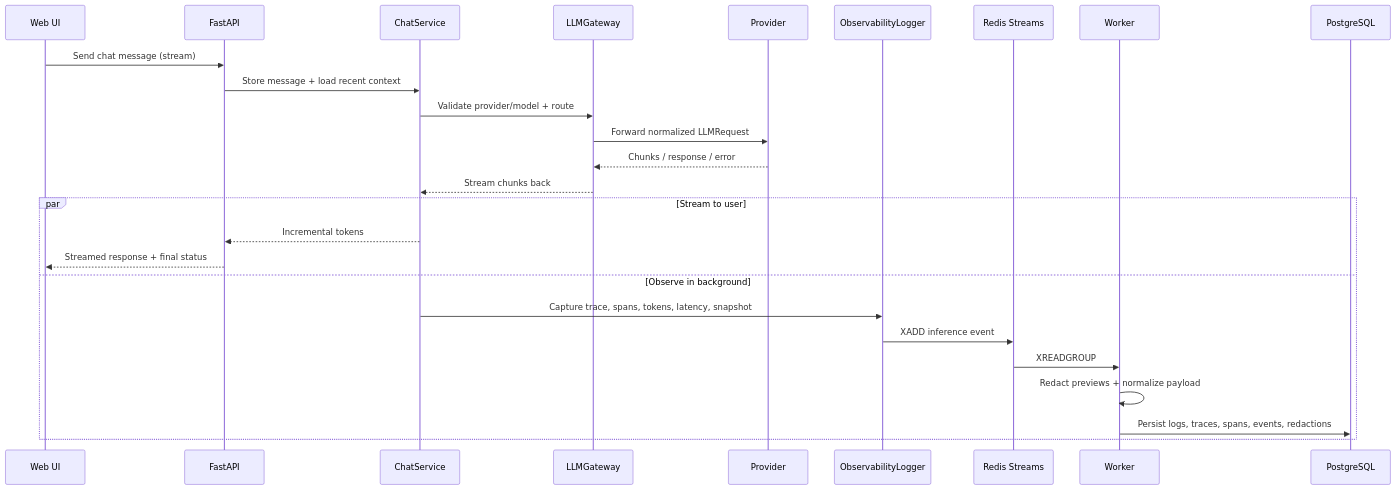
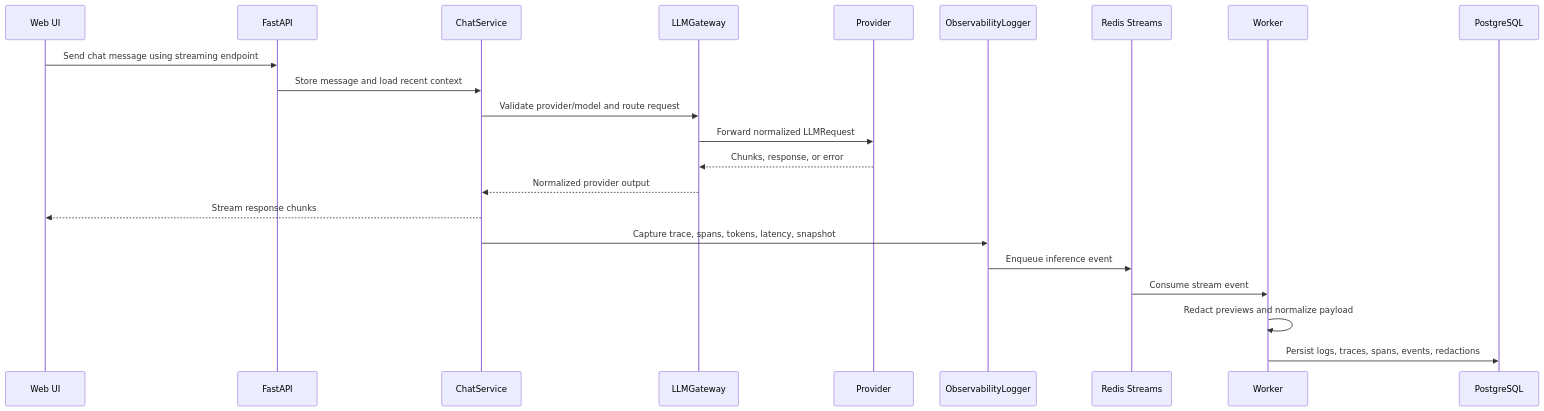
One commit to Gupta2708/InferLens changed the second of 4 diagrams in README.md. Above: the diagram before and after it, drawn with Mermaid. The commit also changed other lines of this file, not shown here.

````diff
--- a/README.md
+++ b/README.md
@@ -97,30 +74,25 @@
 ```mermaid
 sequenceDiagram
     participant UI as Web UI
     participant API as FastAPI
     participant Chat as ChatService
     participant GW as LLMGateway
-    participant Prov as Provider
+    participant Provider as Provider
     participant Log as ObservabilityLogger
     participant Redis as Redis Streams
     participant Worker as Worker
     participant DB as PostgreSQL
 
-    UI->>API: Send chat message (stream)
-    API->>Chat: Store message + load recent context
-    Chat->>GW: Validate provider/model + route
-    GW->>Prov: Forward normalized LLMRequest
-    Prov-->>GW: Chunks / response / error
-    GW-->>Chat: Stream chunks back
-
-    par Stream to user
-        Chat-->>API: Incremental tokens
-        API-->>UI: Streamed response + final status
-    and Observe in background
-        Chat->>Log: Capture trace, spans, tokens, latency, snapshot
-        Log->>Redis: XADD inference event
-        Redis->>Worker: XREADGROUP
-        Worker->>Worker: Redact previews + normalize payload
-        Worker->>DB: Persist logs, traces, spans, events, redactions
-    end
+    UI->>API: Send chat message using streaming endpoint
+    API->>Chat: Store message and load recent context
+    Chat->>GW: Validate provider/model and route request
+    GW->>Provider: Forward normalized LLMRequest
+    Provider-->>GW: Chunks, response, or error
+    GW-->>Chat: Normalized provider output
+    Chat-->>UI: Stream response chunks
+    Chat->>Log: Capture trace, spans, tokens, latency, snapshot
+    Log->>Redis: Enqueue inference event
+    Redis->>Worker: Consume stream event
+    Worker->>Worker: Redact previews and normalize payload
+    Worker->>DB: Persist logs, traces, spans, events, redactions
 ```
````
